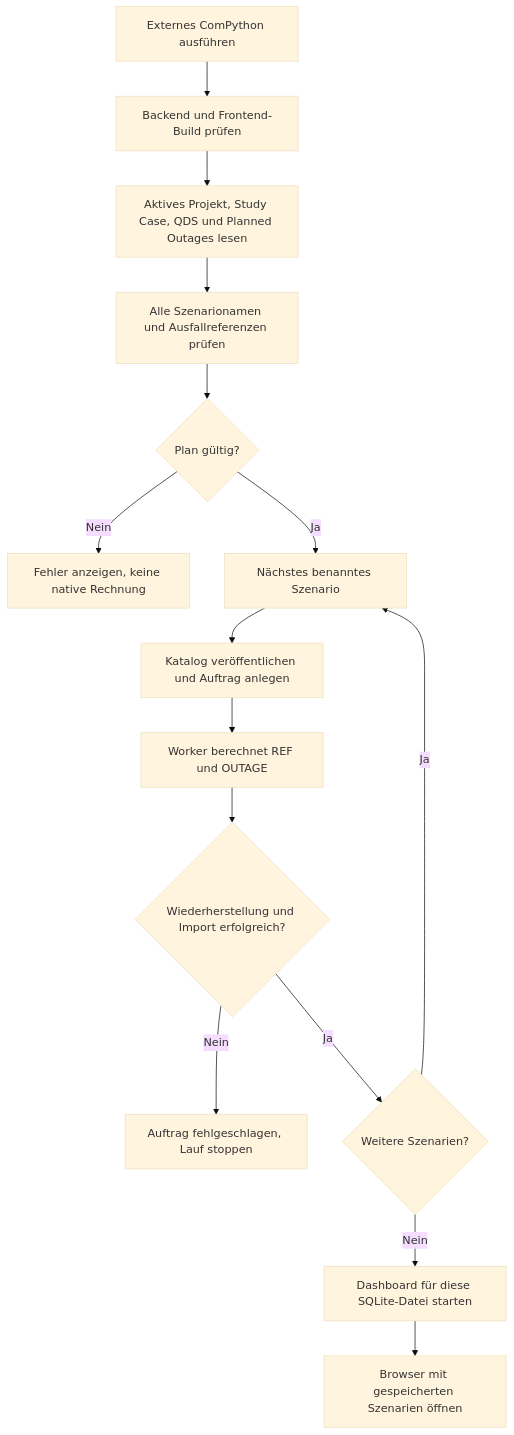
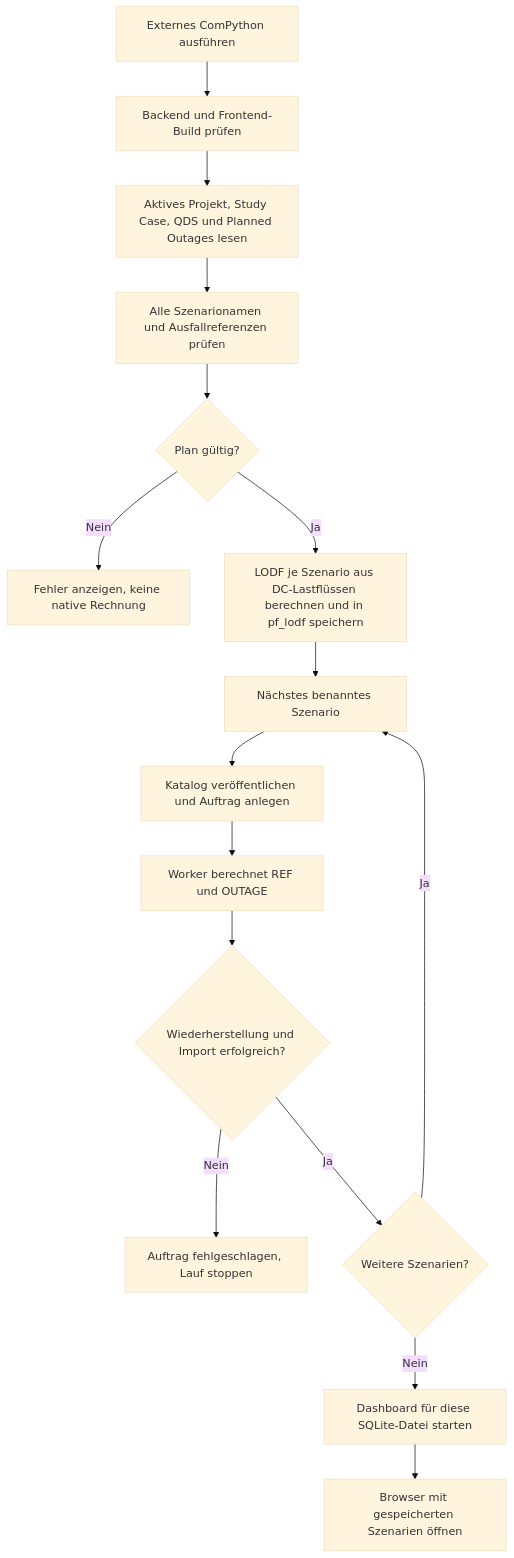
Before and after one commit to hadiibrahim-Engin/nahriva-grid-analysis: the second of 11 diagrams in BIG_PICTURE.md, drawn with Mermaid (base theme). The commit also changed other lines of this file and 49 other files, not shown here.

````diff
--- a/BIG_PICTURE.md
+++ b/BIG_PICTURE.md
@@ -60,17 +65,18 @@
 ```mermaid
 flowchart TD
     Start[Externes ComPython ausführen] --> Install[Backend und Frontend-Build prüfen]
     Install --> Discover[Aktives Projekt, Study Case, QDS und Planned Outages lesen]
     Discover --> Validate[Alle Szenarionamen und Ausfallreferenzen prüfen]
     Validate --> Valid{Plan gültig?}
     Valid -->|Nein| Stop[Fehler anzeigen, keine native Rechnung]
-    Valid -->|Ja| Next[Nächstes benanntes Szenario]
+    Valid -->|Ja| Lodf[LODF je Szenario aus DC-Lastflüssen berechnen und in pf_lodf speichern]
+    Lodf --> Next[Nächstes benanntes Szenario]
     Next --> Job[Katalog veröffentlichen und Auftrag anlegen]
     Job --> Calc[Worker berechnet REF und OUTAGE]
     Calc --> Saved{Wiederherstellung und Import erfolgreich?}
     Saved -->|Nein| Fail[Auftrag fehlgeschlagen, Lauf stoppen]
     Saved -->|Ja| More{Weitere Szenarien?}
     More -->|Ja| Next
     More -->|Nein| Launch[Dashboard für diese SQLite-Datei starten]
     Launch --> View[Browser mit gespeicherten Szenarien öffnen]
 ```
````
